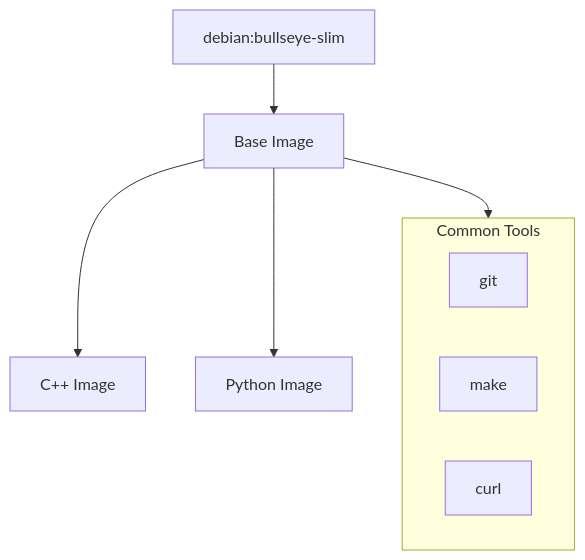
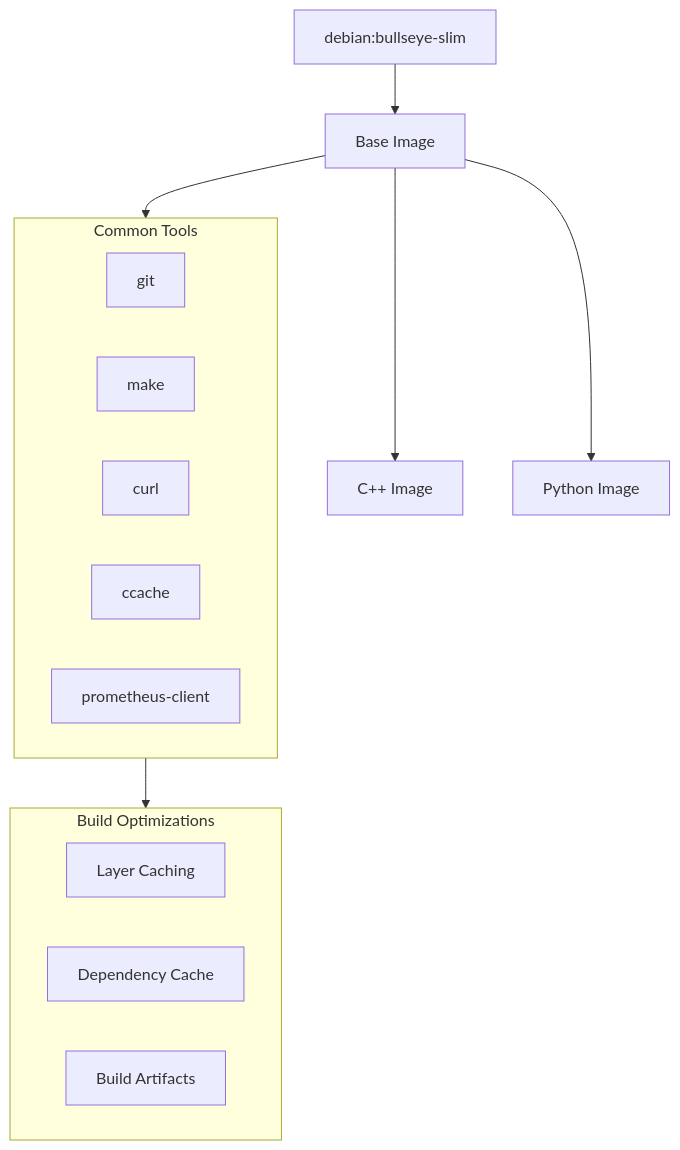
The fourth of 8 diagrams in memory-bank/systemPatterns.md (jlheater/test-project-123456), drawn with Mermaid before and after one commit. The commit also changed other lines of this file and 3 other files, not shown here.

````diff
--- a/memory-bank/systemPatterns.md
+++ b/memory-bank/systemPatterns.md
@@ -112,18 +112,27 @@
    ```mermaid
    flowchart TD
        Base["debian:bullseye-slim"]
        Common["Base Image"]
        CPP["C++ Image"]
        PY["Python Image"]
        
        Base --> Common
        Common --> CPP & PY
        
        subgraph Tools["Common Tools"]
            Git["git"]
            Make["make"]
            Curl["curl"]
+           Cache["ccache"]
+           Monitoring["prometheus-client"]
+       end
+       
+       subgraph Optimizations["Build Optimizations"]
+           Layer["Layer Caching"]
+           Deps["Dependency Cache"]
+           Artifacts["Build Artifacts"]
        end
        
        Common --> Tools
+       Tools --> Optimizations
    ```
````
